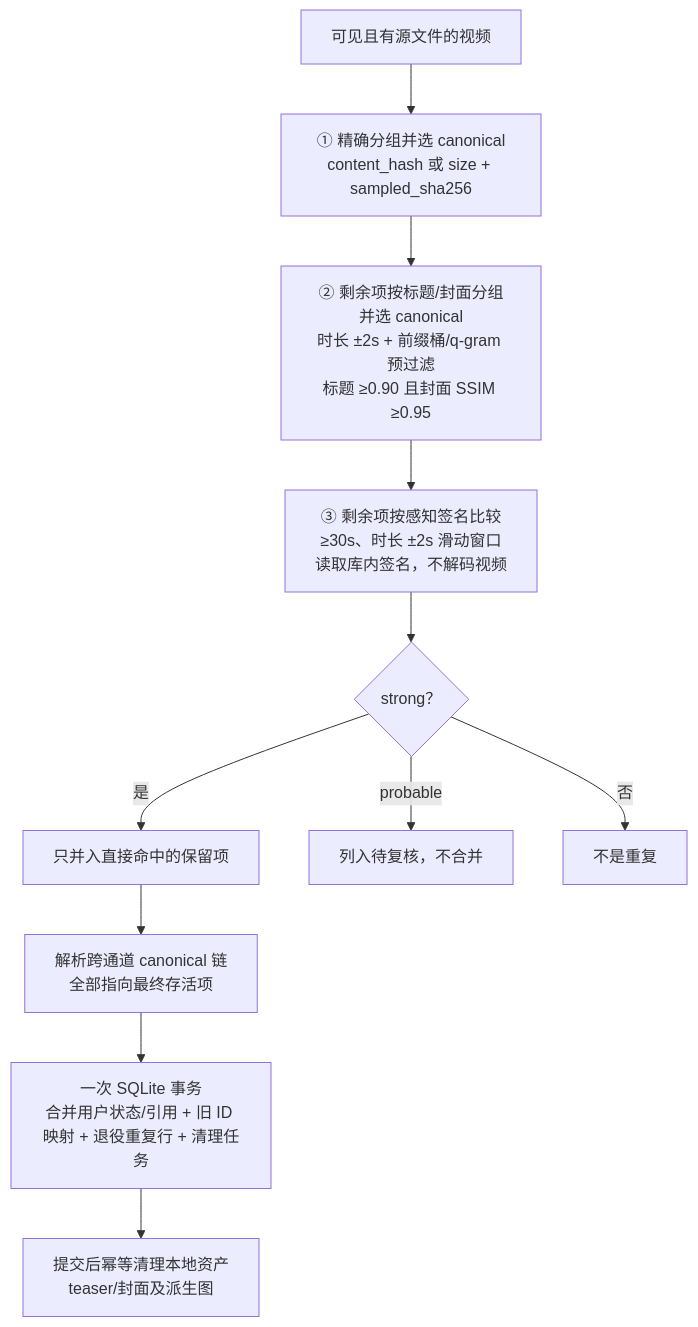
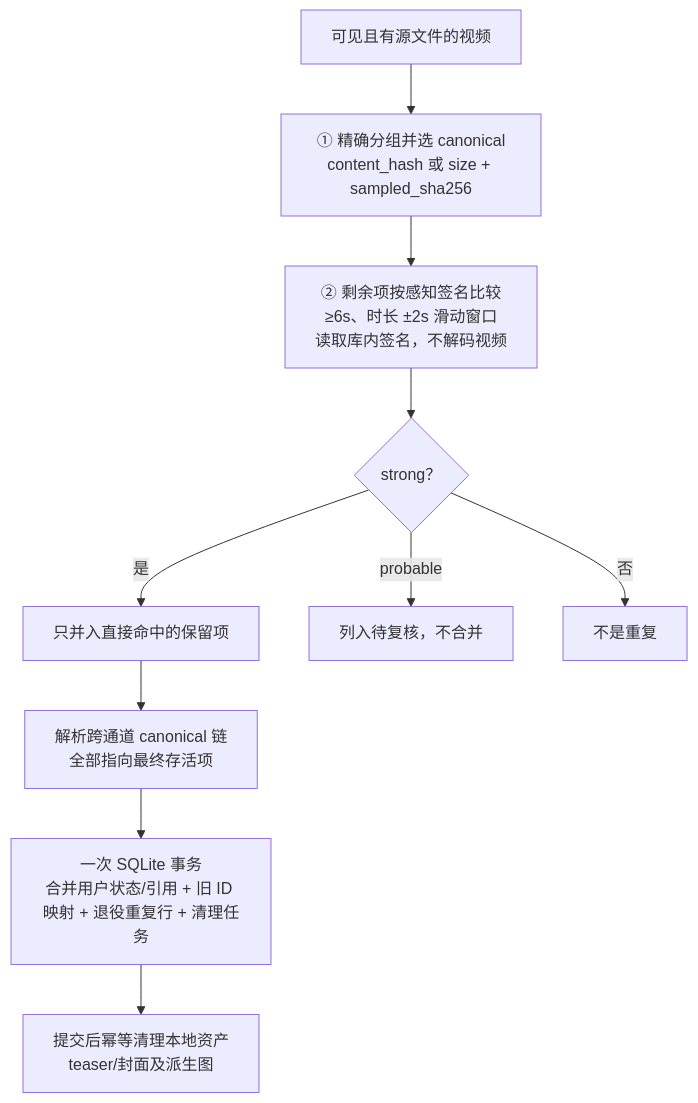
The third of 3 diagrams in docs/DEDUP.md (nianzhibai/91), drawn with Mermaid before and after one commit. The commit also changed other lines of this file and 29 other files, not shown here.

````diff
--- a/docs/DEDUP.md
+++ b/docs/DEDUP.md
@@ -91,13 +88,12 @@
 ```mermaid
 flowchart TD
     S["可见且有源文件的视频"] --> E1["① 精确分组并选 canonical<br/>content_hash 或 size + sampled_sha256"]
-    E1 --> E2["② 剩余项按标题/封面分组并选 canonical<br/>时长 ±2s + 前缀桶/q-gram 预过滤<br/>标题 ≥0.90 且封面 SSIM ≥0.95"]
-    E2 --> E3["③ 剩余项按感知签名比较<br/>≥30s、时长 ±2s 滑动窗口<br/>读取库内签名，不解码视频"]
+    E1 --> E3["② 剩余项按感知签名比较<br/>≥6s、时长 ±2s 滑动窗口<br/>读取库内签名，不解码视频"]
     E3 --> R1{"strong？"}
     R1 -- 是 --> DUP["只并入直接命中的保留项"]
     R1 -- "probable" --> REV["列入待复核，不合并"]
     R1 -- 否 --> PASS["不是重复"]
     DUP --> FINAL["解析跨通道 canonical 链<br/>全部指向最终存活项"]
     FINAL --> TX["一次 SQLite 事务<br/>合并用户状态/引用 + 旧 ID 映射 + 退役重复行 + 清理任务"]
     TX --> DEL["提交后幂等清理本地资产<br/>teaser/封面及派生图"]
 ```
````
